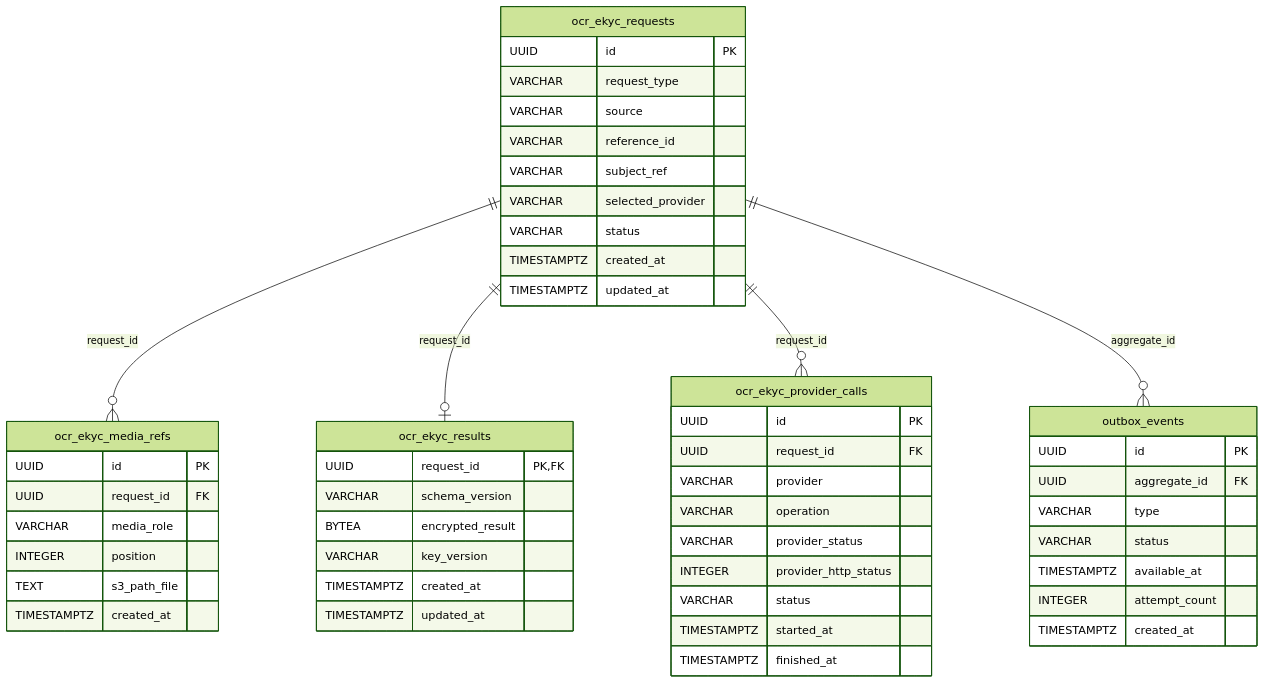
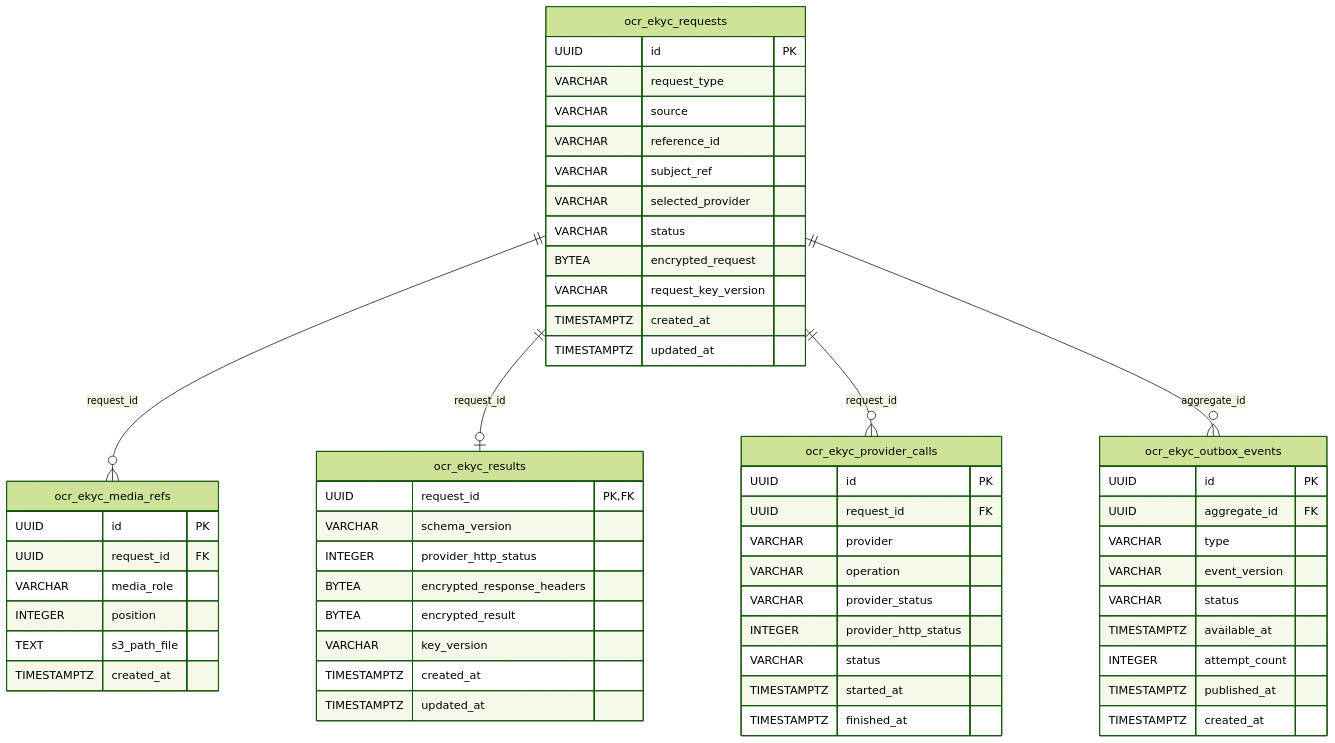
Before and after one commit to huynv-xyz/vhm: the fourth of 11 diagrams in tdd-ocr-ekyc.md, drawn with Mermaid (forest theme). The commit also changed other lines of this file, not shown here.

````diff
--- a/tdd-ocr-ekyc.md
+++ b/tdd-ocr-ekyc.md
@@ -798,59 +751,65 @@
 ```mermaid
 erDiagram
     ocr_ekyc_requests ||--o{ ocr_ekyc_media_refs : "request_id"
     ocr_ekyc_requests ||--o| ocr_ekyc_results : "request_id"
     ocr_ekyc_requests ||--o{ ocr_ekyc_provider_calls : "request_id"
-    ocr_ekyc_requests ||--o{ outbox_events : "aggregate_id"
+    ocr_ekyc_requests ||--o{ ocr_ekyc_outbox_events : "aggregate_id"
 
     ocr_ekyc_requests {
         UUID id PK
         VARCHAR request_type
         VARCHAR source
         VARCHAR reference_id
         VARCHAR subject_ref
         VARCHAR selected_provider
         VARCHAR status
+        BYTEA encrypted_request
+        VARCHAR request_key_version
         TIMESTAMPTZ created_at
         TIMESTAMPTZ updated_at
     }
 
     ocr_ekyc_media_refs {
         UUID id PK
         UUID request_id FK
         VARCHAR media_role
         INTEGER position
         TEXT s3_path_file
         TIMESTAMPTZ created_at
     }
 
     ocr_ekyc_results {
         UUID request_id PK, FK
         VARCHAR schema_version
+        INTEGER provider_http_status
+        BYTEA encrypted_response_headers
         BYTEA encrypted_result
         VARCHAR key_version
         TIMESTAMPTZ created_at
         TIMESTAMPTZ updated_at
     }
 
     ocr_ekyc_provider_calls {
         UUID id PK
         UUID request_id FK
         VARCHAR provider
         VARCHAR operation
         VARCHAR provider_status
         INTEGER provider_http_status
         VARCHAR status
         TIMESTAMPTZ started_at
         TIMESTAMPTZ finished_at
     }
 
-    outbox_events {
+    ocr_ekyc_outbox_events {
         UUID id PK
         UUID aggregate_id FK
         VARCHAR type
+        VARCHAR event_version
         VARCHAR status
         TIMESTAMPTZ available_at
         INTEGER attempt_count
+        TIMESTAMPTZ published_at
         TIMESTAMPTZ created_at
     }
 ```
````
